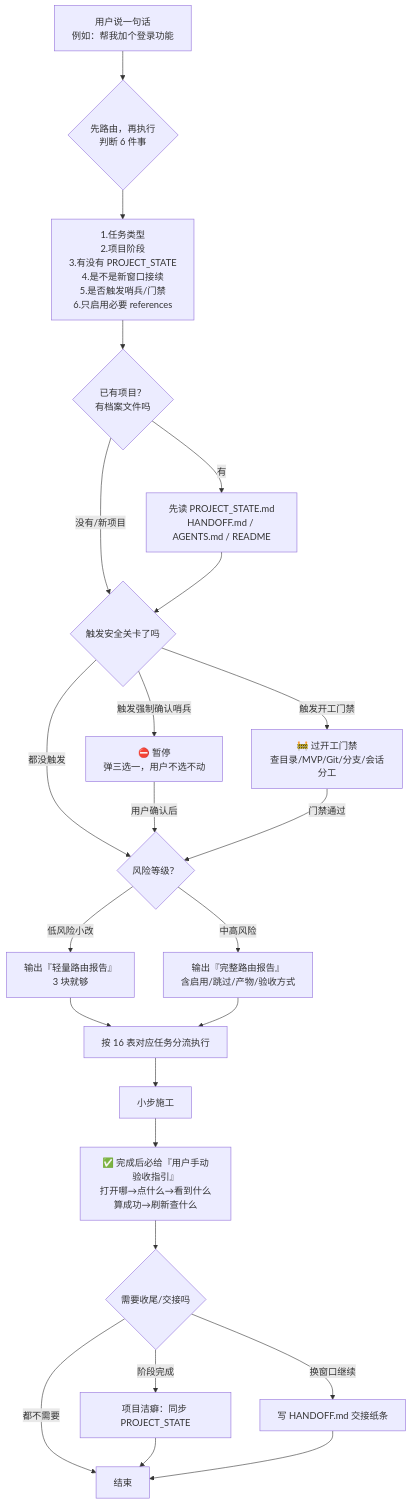
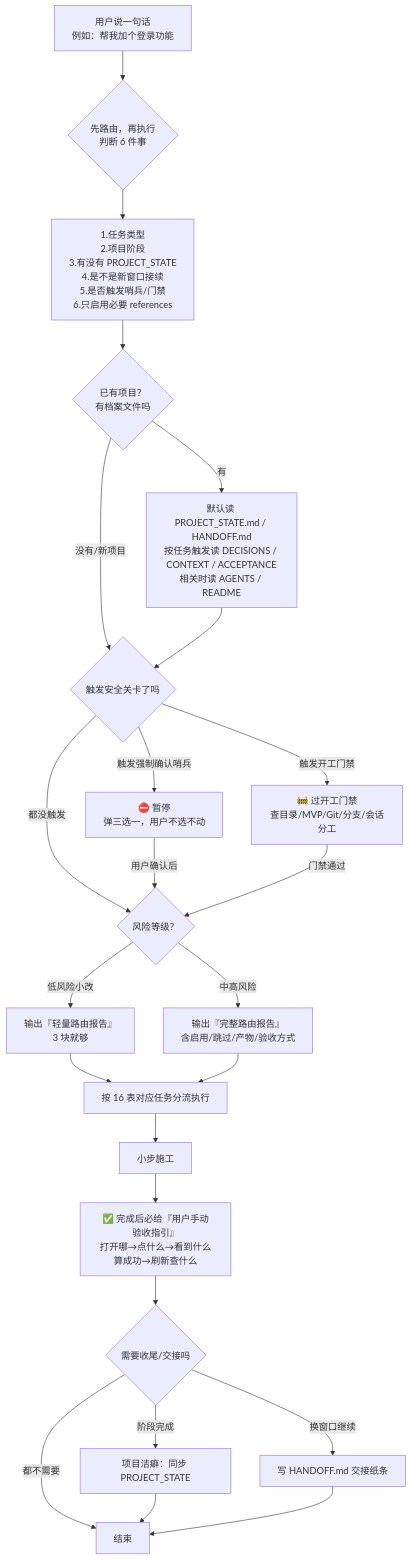
The first of 3 diagrams in FLOWCHART.md (kunkunzi996/kun-vibe-coding-skill), drawn with Mermaid before and after one commit. The commit also changed other lines of this file and 5 other files, not shown here.

````diff
--- a/FLOWCHART.md
+++ b/FLOWCHART.md
@@ -12,32 +12,32 @@
 ```mermaid
 flowchart TD
     A[用户说一句话<br/>例如：帮我加个登录功能] --> B{先路由，再执行<br/>判断 6 件事}
     B --> B1[1.任务类型<br/>2.项目阶段<br/>3.有没有 PROJECT_STATE<br/>4.是不是新窗口接续<br/>5.是否触发哨兵/门禁<br/>6.只启用必要 references]
 
     B1 --> C{已有项目？<br/>有档案文件吗}
-    C -- 有 --> C1[先读 PROJECT_STATE.md<br/>HANDOFF.md / AGENTS.md / README]
+    C -- 有 --> C1[默认读 PROJECT_STATE.md / HANDOFF.md<br/>按任务触发读 DECISIONS / CONTEXT / ACCEPTANCE<br/>相关时读 AGENTS / README]
     C -- 没有/新项目 --> D
     C1 --> D{触发安全关卡了吗}
 
     D -- 触发强制确认哨兵 --> E[⛔ 暂停<br/>弹三选一，用户不选不动]
     D -- 触发开工门禁 --> F[🚧 过开工门禁<br/>查目录/MVP/Git/分支/会话分工]
     D -- 都没触发 --> G
 
     E -- 用户确认后 --> G
     F -- 门禁通过 --> G
 
     G{风险等级？}
     G -- 低风险小改 --> H1[输出『轻量路由报告』<br/>3 块就够]
     G -- 中高风险 --> H2[输出『完整路由报告』<br/>含启用/跳过/产物/验收方式]
 
     H1 --> I[按 16 表对应任务分流执行]
     H2 --> I
     I --> J[小步施工]
     J --> K[✅ 完成后必给『用户手动验收指引』<br/>打开哪→点什么→看到什么算成功→刷新查什么]
     K --> L{需要收尾/交接吗}
     L -- 阶段完成 --> M[项目洁癖：同步 PROJECT_STATE]
     L -- 换窗口继续 --> N[写 HANDOFF.md 交接纸条]
     L -- 都不需要 --> Z[结束]
     M --> Z
     N --> Z
 ```
````
